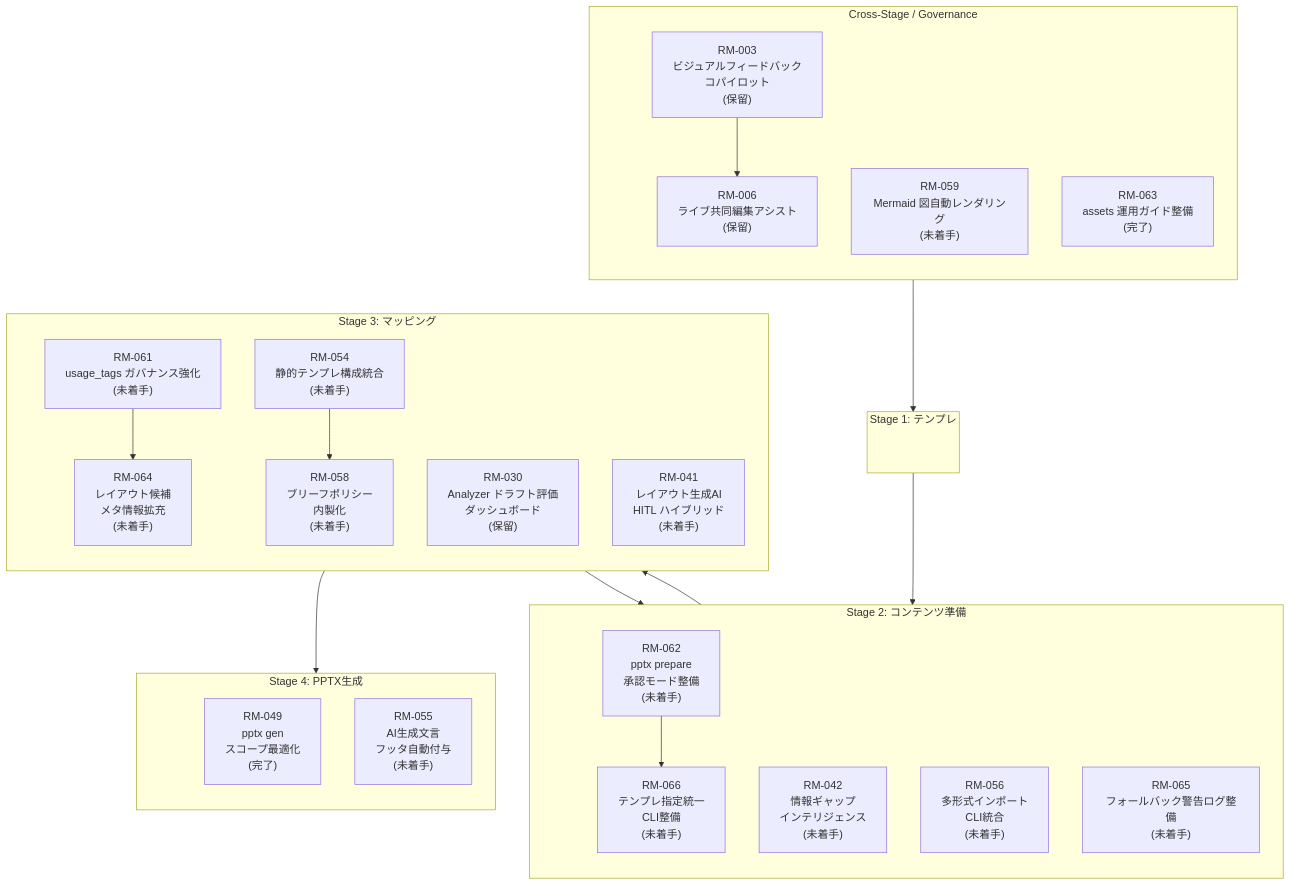
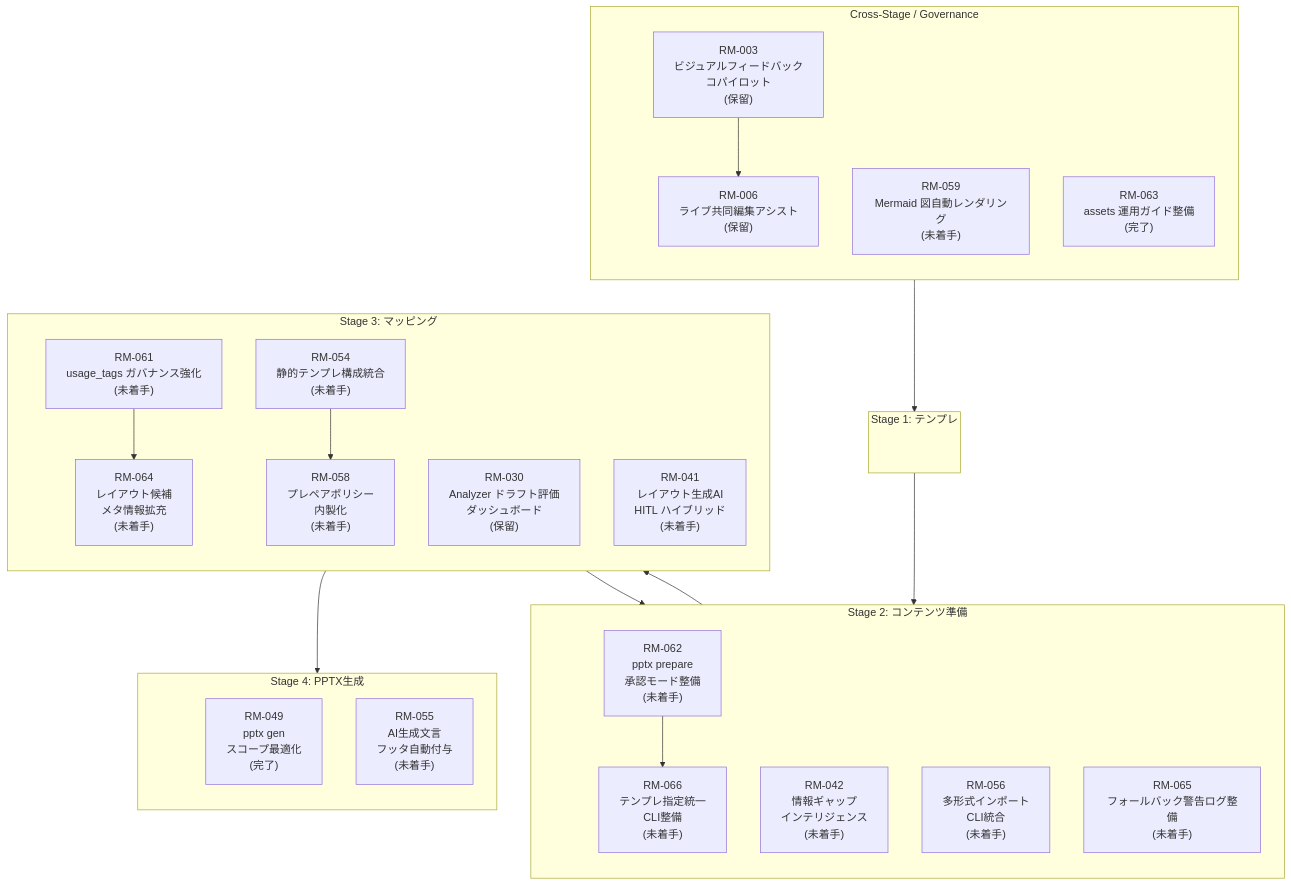
The diagram in docs/roadmap/roadmap.md (yurake/pptx_generator), drawn with Mermaid before and after one commit. The commit also changed other lines of this file and 91 other files, not shown here.

````diff
--- a/docs/roadmap/roadmap.md
+++ b/docs/roadmap/roadmap.md
@@ -25,58 +25,58 @@
 ```mermaid
 flowchart TB
     subgraph GOV["Cross-Stage / Governance"]
         direction TB
         GOV_ANCHOR(( ))
         RM003["RM-003<br/>ビジュアルフィードバック<br/>コパイロット<br/>(保留)"]
         RM006["RM-006<br/>ライブ共同編集アシスト<br/>(保留)"]
         RM059["RM-059<br/>Mermaid 図自動レンダリング<br/>(未着手)"]
         RM063["RM-063<br/>assets 運用ガイド整備<br/>(完了)"]
     end
 
     subgraph ST1["Stage 1: テンプレ"]
         direction TB
         ST1_ANCHOR(( ))
     end
 
     subgraph ST2["Stage 2: コンテンツ準備"]
         direction TB
         ST2_ANCHOR(( ))
         RM042["RM-042<br/>情報ギャップ<br/>インテリジェンス<br/>(未着手)"]
         RM056["RM-056<br/>多形式インポート<br/>CLI統合<br/>(未着手)"]
         RM062["RM-062<br/>pptx prepare<br/>承認モード整備<br/>(未着手)"]
         RM065["RM-065<br/>フォールバック警告ログ整備<br/>(未着手)"]
         RM066["RM-066<br/>テンプレ指定統一<br/>CLI整備<br/>(未着手)"]
     end
 
     subgraph ST3["Stage 3: マッピング"]
         direction TB
         ST3_ANCHOR(( ))
         RM030["RM-030<br/>Analyzer ドラフト評価<br/>ダッシュボード<br/>(保留)"]
         RM041["RM-041<br/>レイアウト生成AI<br/>HITL ハイブリッド<br/>(未着手)"]
         RM054["RM-054<br/>静的テンプレ構成統合<br/>(未着手)"]
-        RM058["RM-058<br/>ブリーフポリシー<br/>内製化<br/>(未着手)"]
+        RM058["RM-058<br/>プレペアポリシー<br/>内製化<br/>(未着手)"]
         RM061["RM-061<br/>usage_tags ガバナンス強化<br/>(未着手)"]
         RM064["RM-064<br/>レイアウト候補<br/>メタ情報拡充<br/>(未着手)"]
     end
 
     subgraph ST4["Stage 4: PPTX生成"]
         direction TB
         ST4_ANCHOR(( ))
         RM049["RM-049<br/>pptx gen<br/>スコープ最適化<br/>(完了)"]
         RM055["RM-055<br/>AI生成文言<br/>フッタ自動付与<br/>(未着手)"]
     end
 
     style GOV_ANCHOR fill:transparent,stroke:transparent
     style ST1_ANCHOR fill:transparent,stroke:transparent
     style ST2_ANCHOR fill:transparent,stroke:transparent
     style ST3_ANCHOR fill:transparent,stroke:transparent
     style ST4_ANCHOR fill:transparent,stroke:transparent
 
     GOV_ANCHOR --> ST1_ANCHOR --> ST2_ANCHOR --> ST3_ANCHOR --> ST4_ANCHOR
 
     RM003 --> RM006
     RM061 --> RM064
     RM064 --> RM065
     RM062 --> RM066
     RM054 --> RM058
 ```
````
